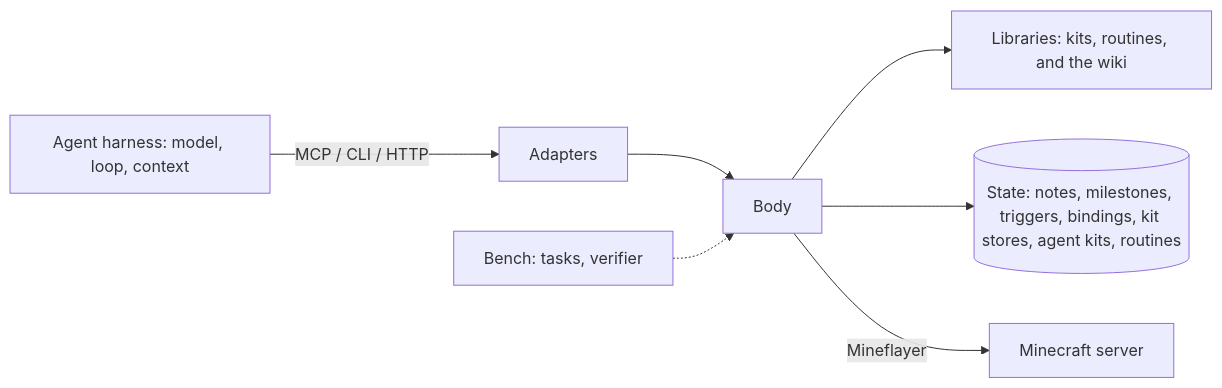
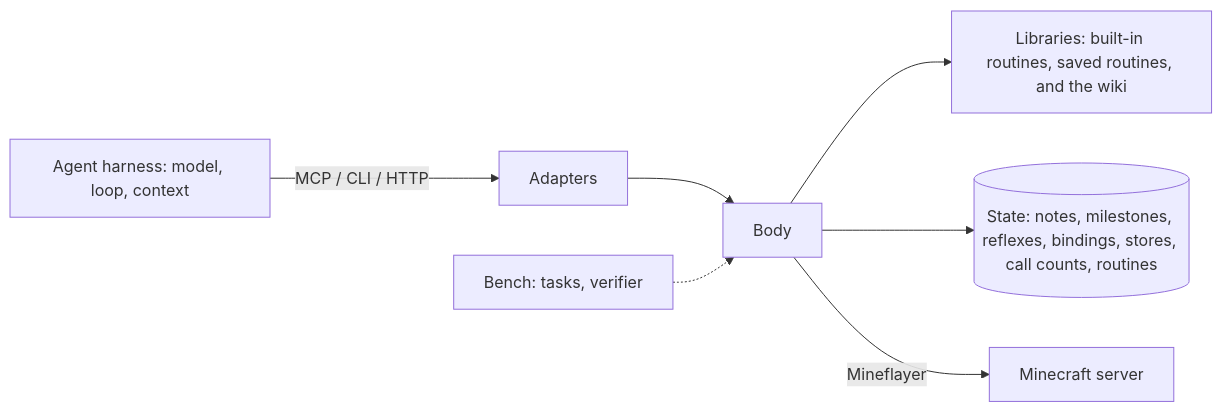
Before and after one commit to dpoage/minebot-sdk: the diagram in docs/sdk.md, drawn with Mermaid. The commit also changed other lines of this file and 11 other files, not shown here.

Commit message:
C7a docs: README and docs/sdk.md rewritten for routines, reflexes, and module runs, with the migration section; false agent-facing strings made true (binding_error, explorer/craft descriptions, h.calls docs, api import paragraph, routine_save require); features views of the wiki (mb-tkd.3 C7a)

````diff
--- a/docs/sdk.md
+++ b/docs/sdk.md
@@ -14,9 +16,9 @@
 ```mermaid
 flowchart LR
   H[Agent harness: model, loop, context] -->|MCP / CLI / HTTP| A[Adapters]
   A --> B[Body]
-  B --> L[Libraries: kits, routines, and the wiki]
-  B --> S[(State: notes, milestones, triggers, bindings, kit stores, agent kits, routines)]
+  B --> L[Libraries: built-in routines, saved routines, and the wiki]
+  B --> S[(State: notes, milestones, reflexes, bindings, stores, call counts, routines)]
   B -->|Mineflayer| M[Minecraft server]
   E[Bench: tasks, verifier] -.-> B
 ```
````
